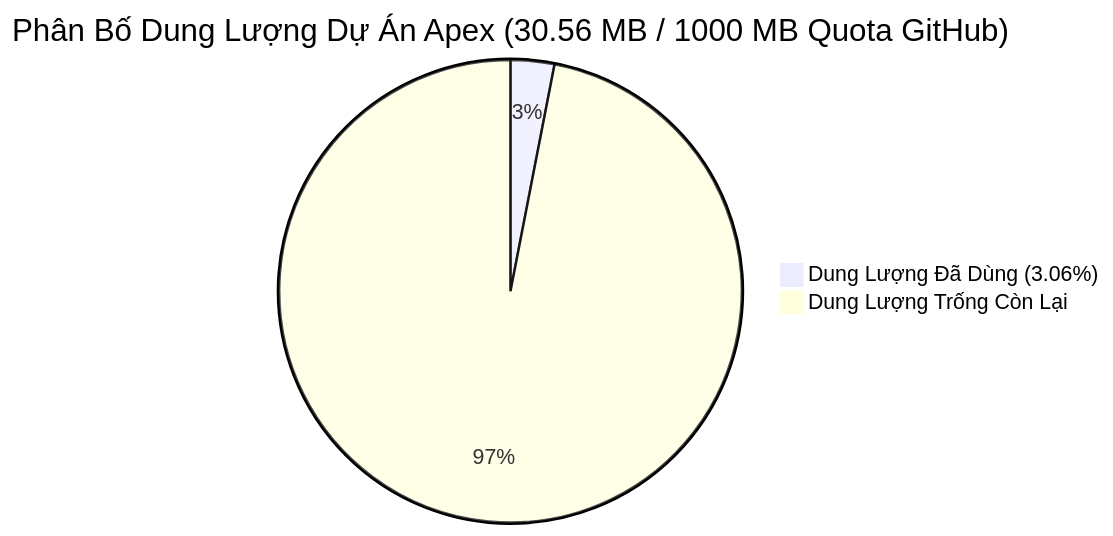
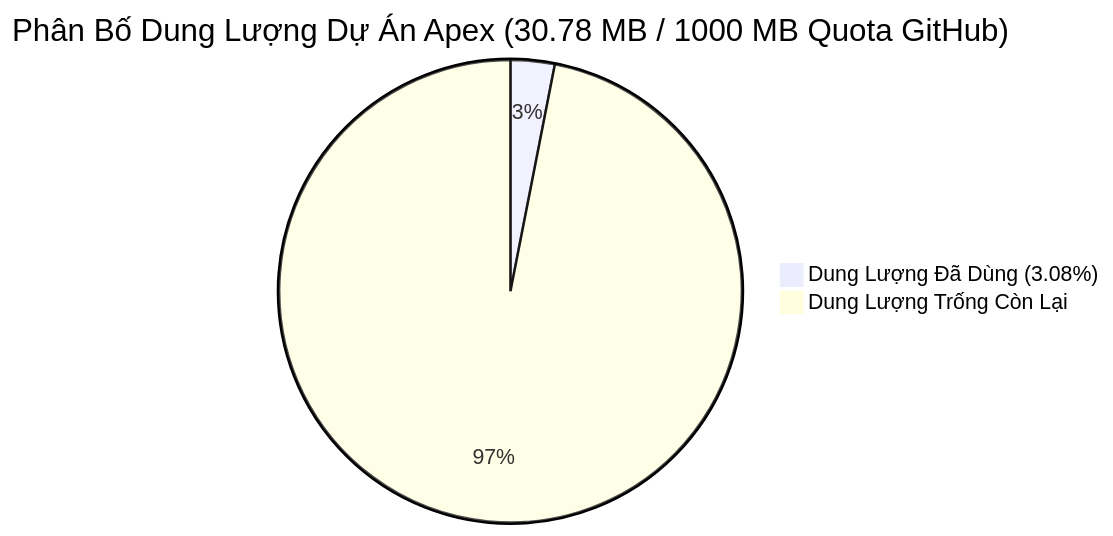
One commit to Thienphuoctran/apex-hedge-fund changed the diagram in 12_Institutional_Ombudsman_And_Inspectorate/daily_audits/2026-11-09_Infrastructure_Health_And_Capacity_Audit.md. Above: the diagram before and after it, drawn with Mermaid. The commit also changed other lines of this file and 17 other files, not shown here.

````diff
--- a/12_Institutional_Ombudsman_And_Inspectorate/daily_audits/2026-11-09_Infrastructure_Health_And_Capacity_Audit.md
+++ b/12_Institutional_Ombudsman_And_Inspectorate/daily_audits/2026-11-09_Infrastructure_Health_And_Capacity_Audit.md
@@ -15,5 +15,5 @@
 ```mermaid
-pie title Phân Bố Dung Lượng Dự Án Apex (30.56 MB / 1000 MB Quota GitHub)
-    "Dung Lượng Đã Dùng (3.06%)" : 30.56
-    "Dung Lượng Trống Còn Lại" : 969.44
+pie title Phân Bố Dung Lượng Dự Án Apex (30.78 MB / 1000 MB Quota GitHub)
+    "Dung Lượng Đã Dùng (3.08%)" : 30.78
+    "Dung Lượng Trống Còn Lại" : 969.22
 ```
````
